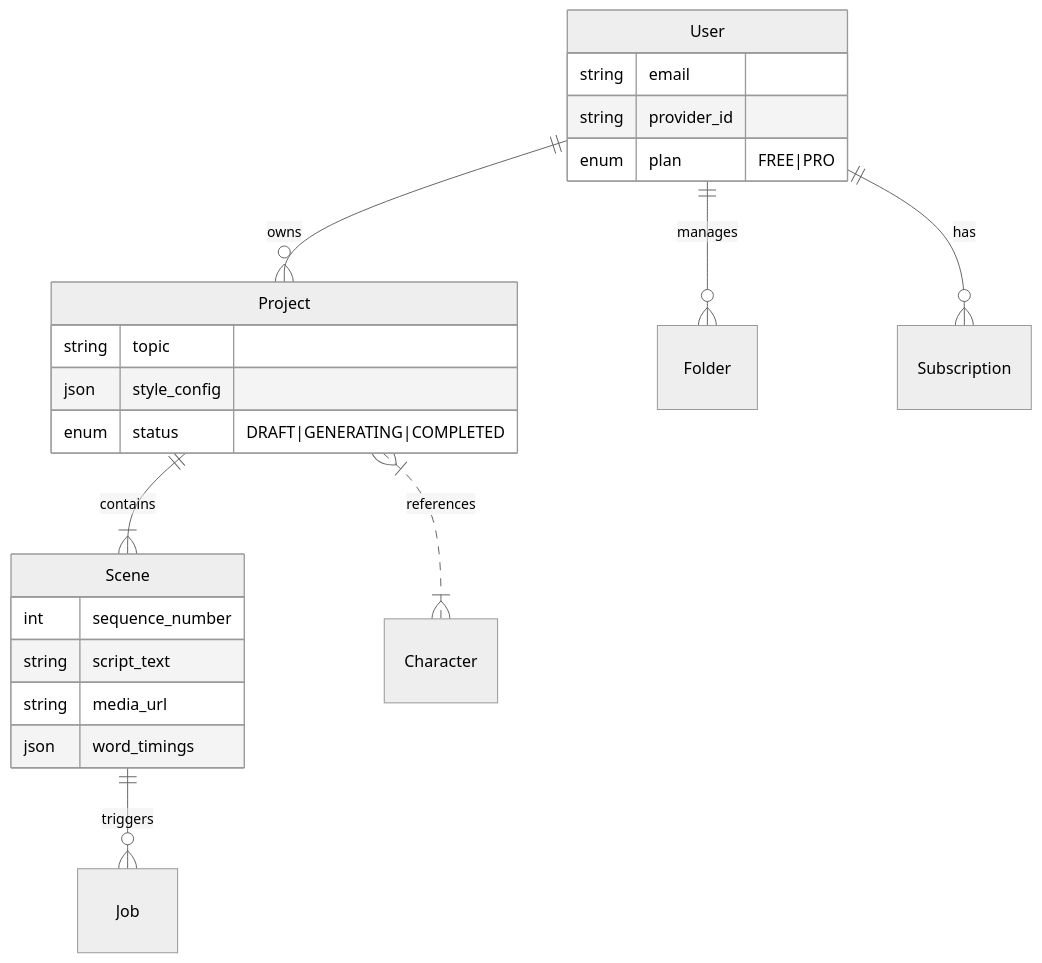
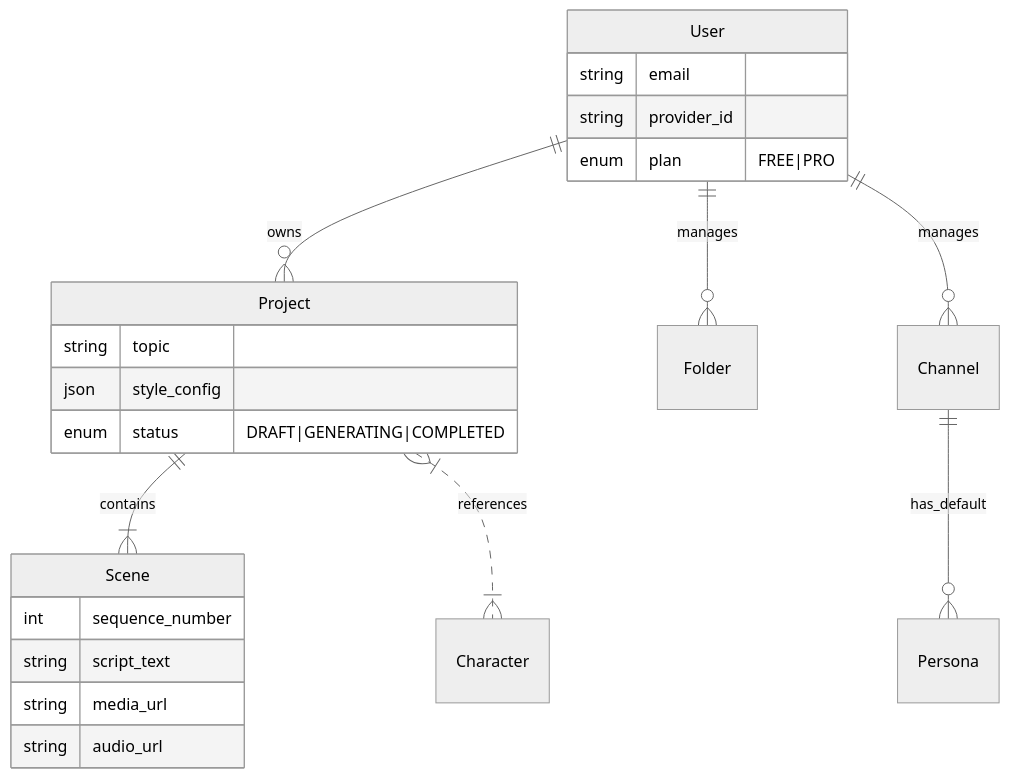
One commit to GabrielMBatista/shortsai-api changed the diagram in docs/WIKI.md. Above: the diagram before and after it, drawn with Mermaid (neutral theme). The commit also changed other lines of this file and 3 other files, not shown here.

Commit message:
docs: Update architecture documentation to reflect client-side video rendering and Python worker deprecation.

````diff
--- a/docs/WIKI.md
+++ b/docs/WIKI.md
@@ -30,28 +35,28 @@
 ```mermaid
 erDiagram
     User ||--o{ Project : owns
     User ||--o{ Folder : manages
-    User ||--o{ Subscription : has
+    User ||--o{ Channel : manages
     Project ||--|{ Scene : contains
     Project }|..|{ Character : references
-    Scene ||--o{ Job : triggers
+    Channel ||--o{ Persona : has_default
     
     User {
         string email
         string provider_id
         enum plan "FREE|PRO"
     }
     
     Project {
         string topic
         json style_config
         enum status "DRAFT|GENERATING|COMPLETED"
     }
     
     Scene {
         int sequence_number
         string script_text
         string media_url
-        json word_timings
+        string audio_url
     }
 ```
````
